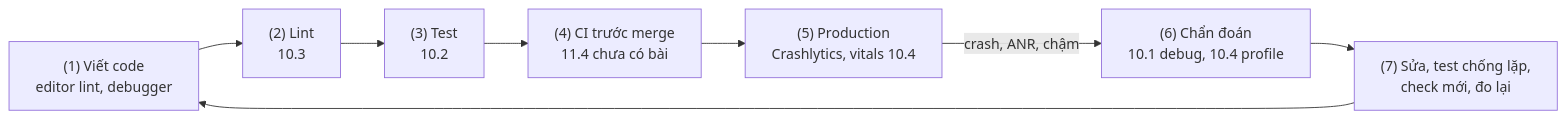
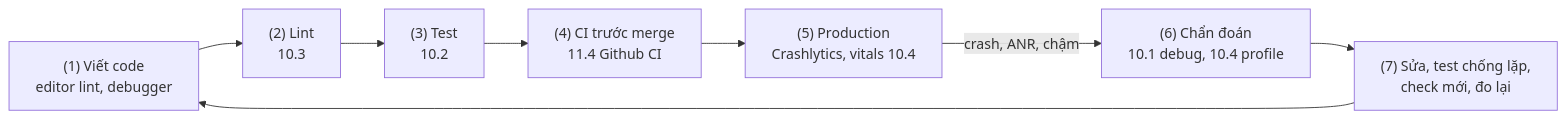
One commit to h1eu/knowledge changed the first of 2 diagrams in knowledge/android/docs/coding_analyst_and_testing/index.md. Above: the diagram before and after it, drawn with Mermaid. The commit also changed other lines of this file and 18 other files, not shown here.

````diff
--- a/knowledge/android/docs/coding_analyst_and_testing/index.md
+++ b/knowledge/android/docs/coding_analyst_and_testing/index.md
@@ -57,10 +57,10 @@
 ```mermaid
 flowchart LR
     W["(1) Viết code<br/>editor lint, debugger"] --> L["(2) Lint<br/>10.3"]
     L --> T["(3) Test<br/>10.2"]
-    T --> CI["(4) CI trước merge<br/>11.4 chưa có bài"]
+    T --> CI["(4) CI trước merge<br/>11.4 Github CI"]
     CI --> P["(5) Production<br/>Crashlytics, vitals 10.4"]
     P -->|"crash, ANR, chậm"| D["(6) Chẩn đoán<br/>10.1 debug, 10.4 profile"]
     D --> F["(7) Sửa, test chống lặp,<br/>check mới, đo lại"]
     F --> W
 ```
````
